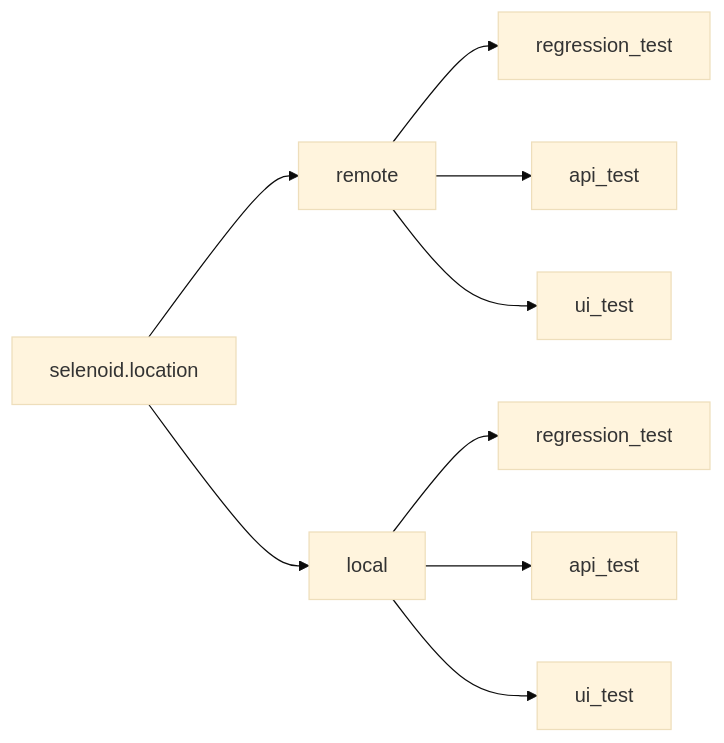
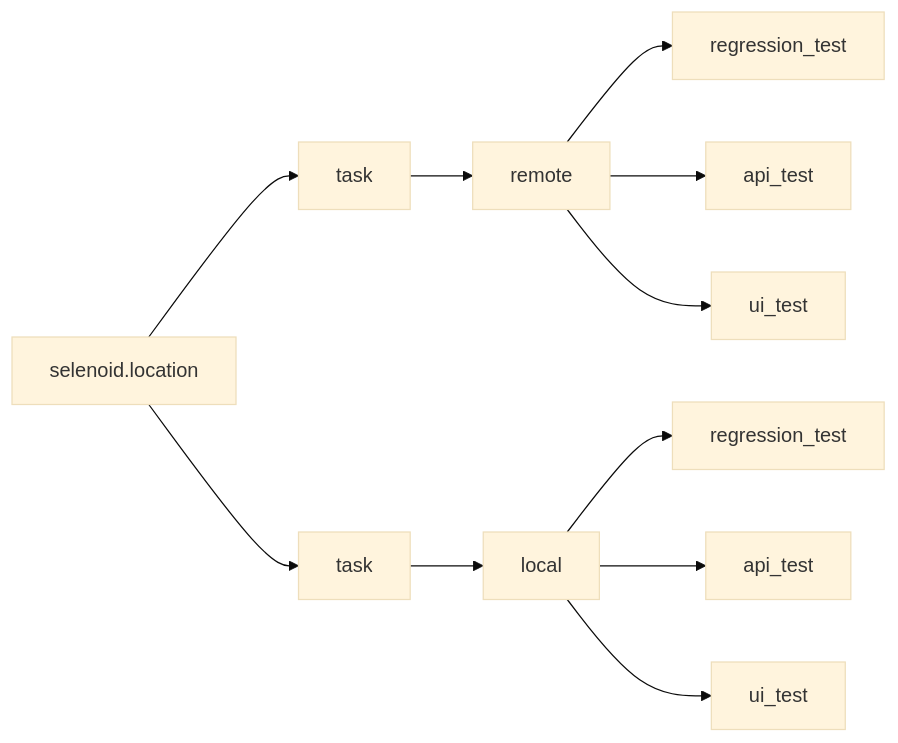
The first of 2 diagrams in README.md (chilikinow/main-autotests-project), drawn with Mermaid (base theme) before and after one commit.

Commit message:
master - change graph on README.md

````diff
--- a/README.md
+++ b/README.md
@@ -91,12 +91,13 @@
 ```mermaid
 graph LR
-
-A[selenoid.location] --> B[remote]
+A[selenoid.location] --> O[task]
+O --> B[remote]
 B --> C[regression_test]
 B --> D[api_test]
 B --> E[ui_test]
-A --> F[local]
+A --> L[task]
+L[task] --> F[local]
 F --> G[regression_test]
 F --> H[api_test]
 F --> I[ui_test]
 ```
````
